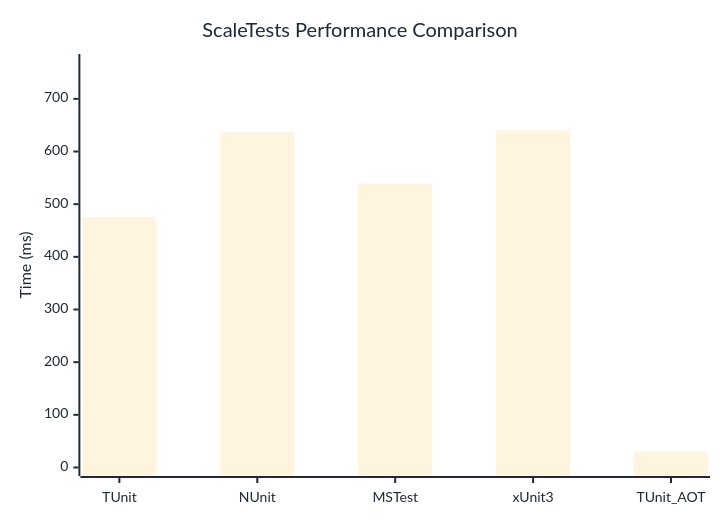
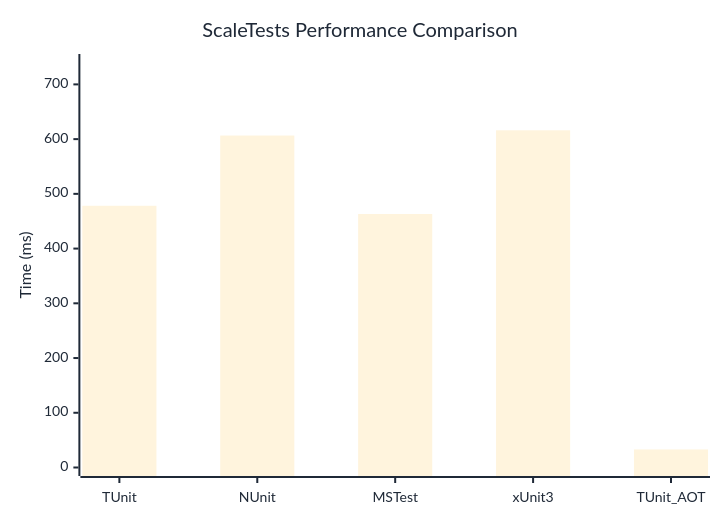
The diagram in docs/docs/benchmarks/ScaleTests.md (thomhurst/TUnit), drawn with Mermaid before and after one commit. The commit also changed other lines of this file and 17 other files, not shown here.

````diff
--- a/docs/docs/benchmarks/ScaleTests.md
+++ b/docs/docs/benchmarks/ScaleTests.md
@@ -27,37 +27,37 @@
 ```mermaid
 %%{init: {
   'theme':'base',
   'themeVariables': {
     'primaryColor': '#2563eb',
     'primaryTextColor': '#1f2937',
     'primaryBorderColor': '#1e40af',
     'lineColor': '#6b7280',
     'secondaryColor': '#7c3aed',
     'tertiaryColor': '#dc2626',
     'background': '#ffffff',
     'mainBkg': '#2563eb',
     'secondBkg': '#7c3aed',
     'tertiaryBkg': '#dc2626',
     'clusterBkg': '#f3f4f6',
     'edgeLabelBackground': '#ffffff',
     'tertiaryTextColor': '#1f2937',
     'pie1': '#2563eb',
     'pie2': '#7c3aed',
     'pie3': '#dc2626',
     'pie4': '#f59e0b',
     'pie5': '#10b981',
     'pie6': '#06b6d4',
     'pie7': '#ec4899',
     'pie8': '#6366f1',
     'pie9': '#84cc16',
     'pie10': '#f97316',
     'pie11': '#14b8a6',
     'pie12': '#a855f7'
   }
 }}%%
 xychart-beta
   title "ScaleTests Performance Comparison"
   x-axis ["TUnit", "NUnit", "MSTest", "xUnit3", "TUnit_AOT"]
-  y-axis "Time (ms)" 0 --> 769
-  bar [475.86, 636.13, 539.38, 640.5, 30.74]
+  y-axis "Time (ms)" 0 --> 740
+  bar [478.22, 606.54, 463.2, 616.13, 32.99]
 ```
````
